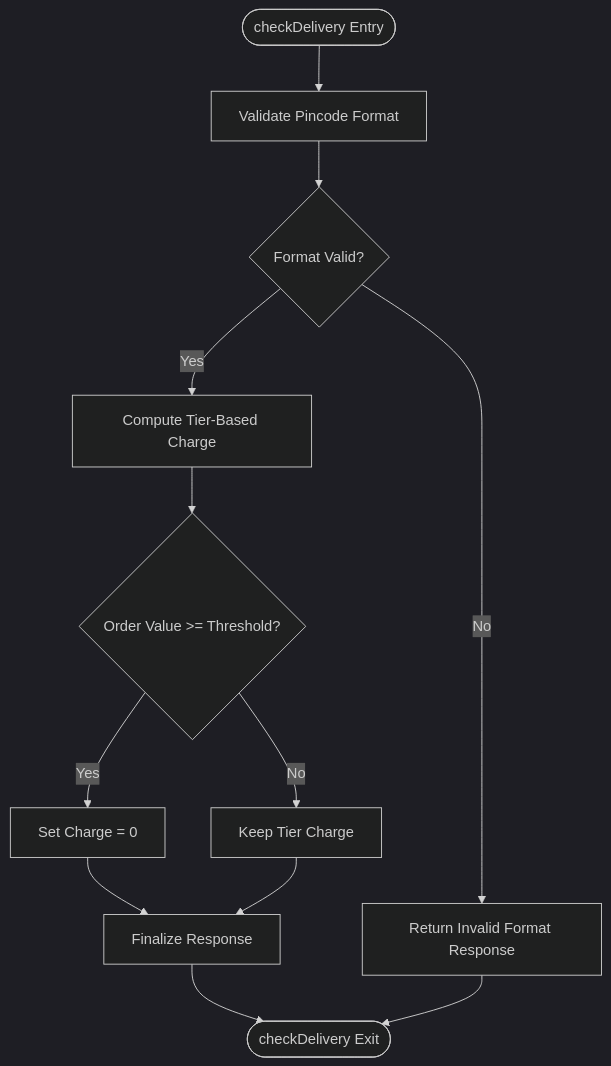
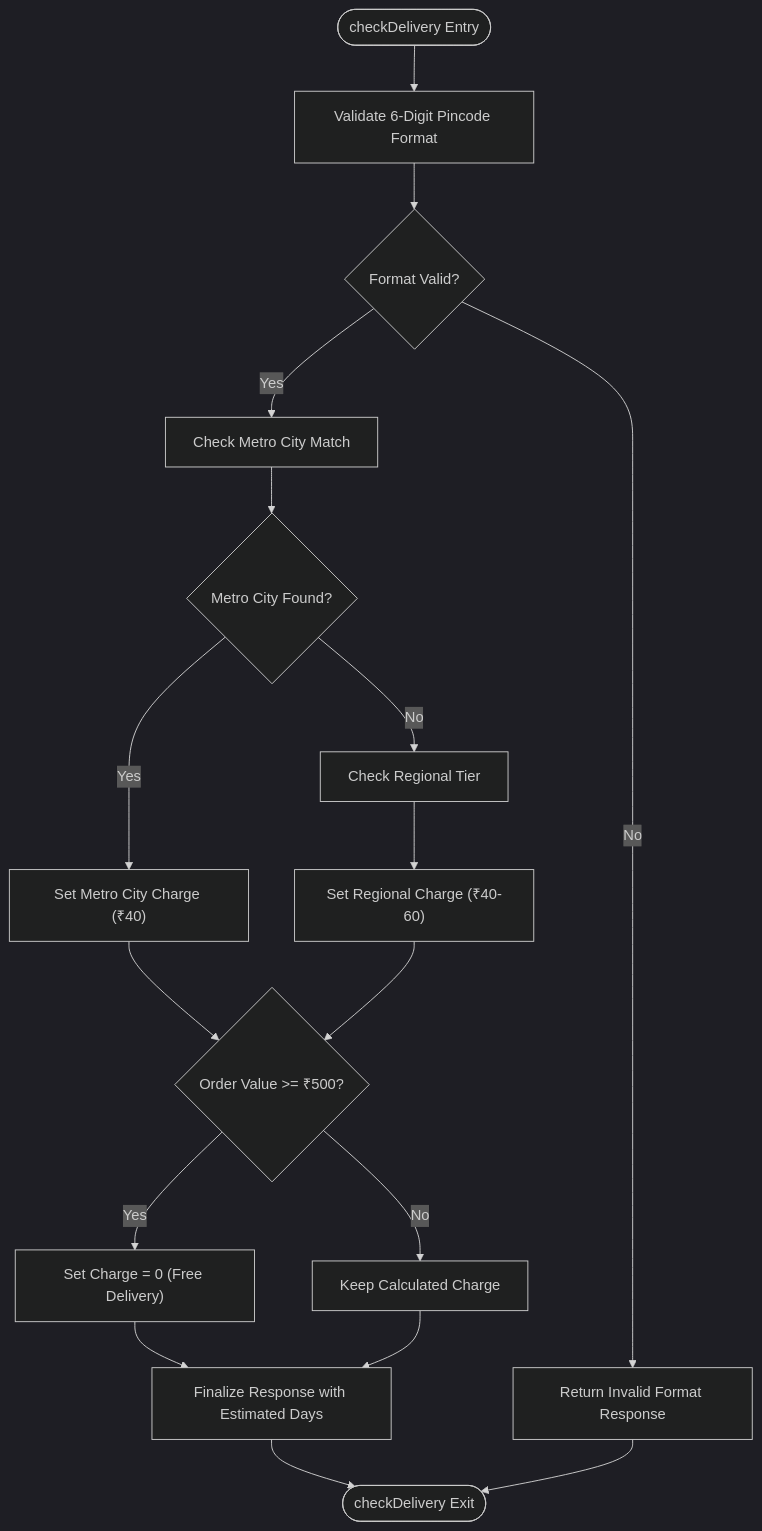
Before and after one commit to Pavan-PSPK9032/TrendsandToss: the third of 6 diagrams in .qoder/repowiki/en/content/Backend API Documentation/Delivery Management.md, drawn with Mermaid (dark theme). The commit also changed other lines of this file and 9 other files, not shown here.

````diff
--- a/.qoder/repowiki/en/content/Backend API Documentation/Delivery Management.md
+++ b/.qoder/repowiki/en/content/Backend API Documentation/Delivery Management.md
@@ -187,14 +206,19 @@
 ```mermaid
 flowchart TD
-Start(["checkDelivery Entry"]) --> ValidatePin["Validate Pincode Format"]
+Start(["checkDelivery Entry"]) --> ValidatePin["Validate 6-Digit Pincode Format"]
 ValidatePin --> FormatValid{"Format Valid?"}
 FormatValid --> |No| ReturnInvalid["Return Invalid Format Response"]
-FormatValid --> |Yes| ComputeTier["Compute Tier-Based Charge"]
-ComputeTier --> ApplyFree{"Order Value >= Threshold?"}
-ApplyFree --> |Yes| SetFree["Set Charge = 0"]
-ApplyFree --> |No| KeepTier["Keep Tier Charge"]
-SetFree --> Finalize["Finalize Response"]
-KeepTier --> Finalize
+FormatValid --> |Yes| CheckMetro["Check Metro City Match"]
+CheckMetro --> MetroFound{"Metro City Found?"}
+MetroFound --> |Yes| SetMetroCharge["Set Metro City Charge (₹40)"]
+MetroFound --> |No| CheckRegion["Check Regional Tier"]
+CheckRegion --> SetTierCharge["Set Regional Charge (₹40-60)"]
+SetMetroCharge --> CheckFree{"Order Value >= ₹500?"}
+SetTierCharge --> CheckFree
+CheckFree --> |Yes| SetFree["Set Charge = 0 (Free Delivery)"]
+CheckFree --> |No| KeepCharge["Keep Calculated Charge"]
+SetFree --> Finalize["Finalize Response with Estimated Days"]
+KeepCharge --> Finalize
 Finalize --> End(["checkDelivery Exit"])
 ReturnInvalid --> End
 ```
````
